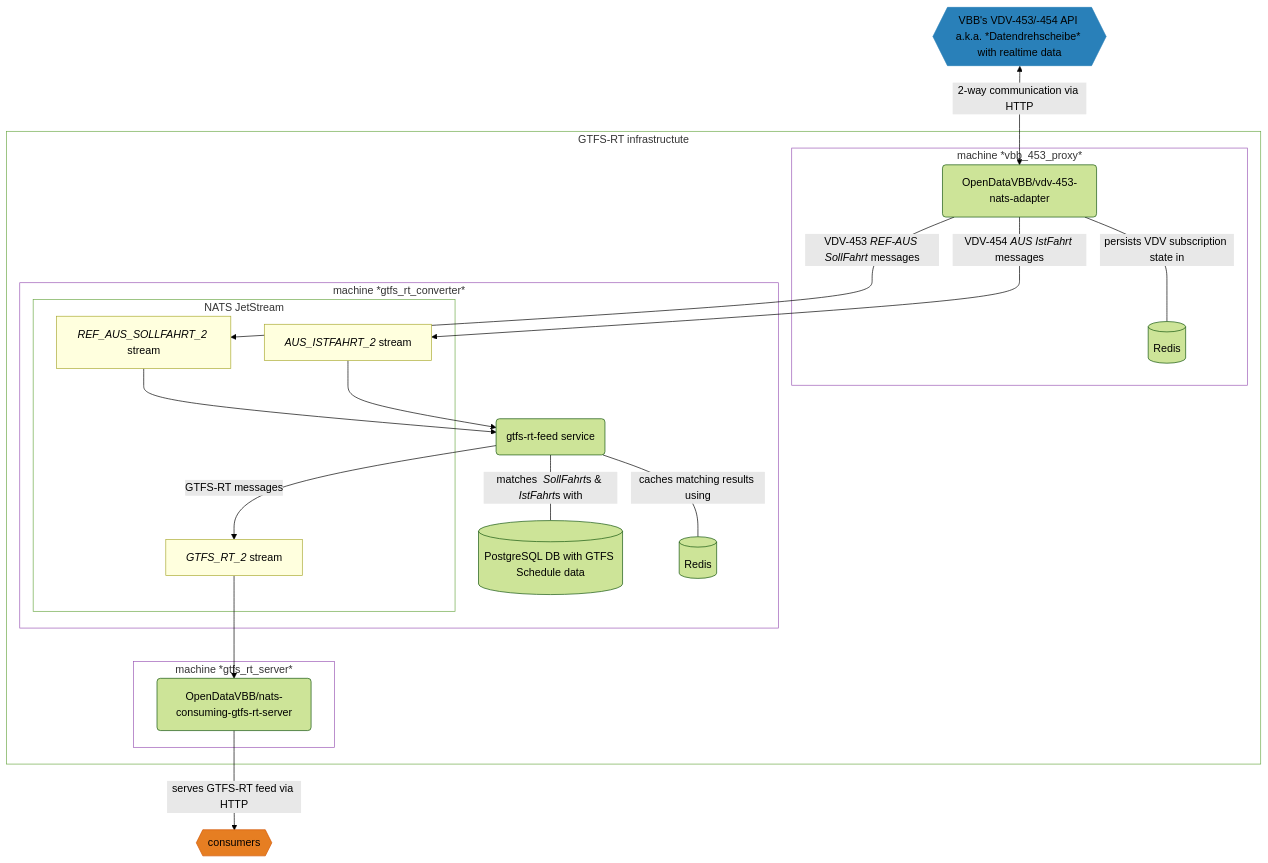
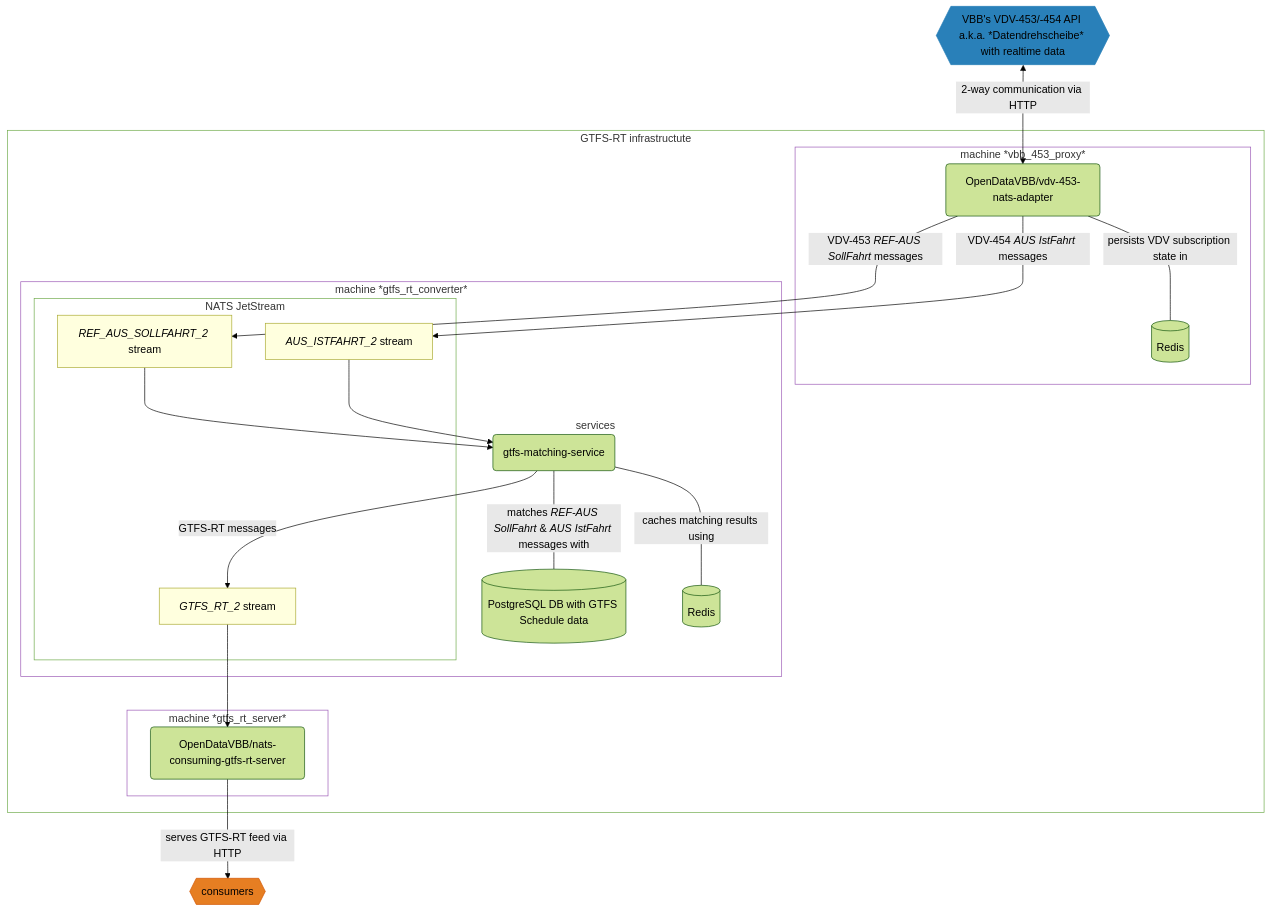
The second of 2 diagrams in readme.md (OpenDataVBB/gtfs-rt-infrastructure), drawn with Mermaid (forest theme) before and after one commit. The commit also changed 8 other files, not shown here.

Commit message:
GTFS-RT converters: adapt to gtfs-rt-feed#2026-02-03: rename service, refactor

````diff
--- a/readme.md
+++ b/readme.md
@@ -39,47 +39,50 @@
 ```mermaid
 flowchart TB
     classDef machine fill:none,stroke:#9b59b6
 
     vdv_453_api{{VBB's VDV-453/-454 API a.k.a. *Datendrehscheibe* with realtime data}}
     style vdv_453_api fill:#2980b9,stroke:#2980b9
     consumers{{consumers}}
     style consumers fill:#e67e22,stroke:#d35400
 
     subgraph project_infrastructure [GTFS-RT infrastructute]
         subgraph vdv_453_proxy [machine *vbb_453_proxy*]
             vdv_453_nats_adapter(OpenDataVBB/vdv-453-nats-adapter)
             vdv_453_proxy_redis[(Redis)]
         end
         class vdv_453_proxy machine
         subgraph gtfs_rt_converter [machine *gtfs_rt_converter*]
             subgraph nats[NATS JetStream]
                 nats_ref_aus_sollfahrt["`*REF_AUS_SOLLFAHRT_2* stream`"]:::stream
                 nats_aus_istfahrt["`*AUS_ISTFAHRT_2* stream`"]:::stream
                 nats_gtfs_rt["`*GTFS_RT_2* stream`"]:::stream
                 classDef stream fill:#ffffde,stroke:#aaaa33
             end
             style nats fill:none
-            gtfs_rt_feed(gtfs-rt-feed service)
+            subgraph services
+                gtfs_matching_service(gtfs-matching-service)
+            end
+            style services fill:none,stroke:none
             gtfs_db[(PostgreSQL DB with GTFS Schedule data)]
             gtfs_rt_converter_redis[(Redis)]
         end
         class gtfs_rt_converter machine
         subgraph gtfs_rt_server [machine *gtfs_rt_server*]
             nats_consuming_gtfs_rt_server(OpenDataVBB/nats-consuming-gtfs-rt-server)
         end
         class gtfs_rt_server machine
     end
     style project_infrastructure fill:none
 
     vdv_453_api<-- 2-way communication via HTTP -->vdv_453_nats_adapter
     vdv_453_nats_adapter-- "`persists VDV subscription state in`" ---vdv_453_proxy_redis
     vdv_453_nats_adapter-- "`VDV-453 *REF-AUS* *SollFahrt* messages`"-->nats_ref_aus_sollfahrt
-    nats_ref_aus_sollfahrt-->gtfs_rt_feed
+    nats_ref_aus_sollfahrt-->gtfs_matching_service
     vdv_453_nats_adapter-- "`VDV-454 *AUS* *IstFahrt* messages`"-->nats_aus_istfahrt
-    nats_aus_istfahrt-->gtfs_rt_feed
-    gtfs_rt_feed-- "`matches  *SollFahrt*s & *IstFahrt*s with`" ---gtfs_db
-    gtfs_rt_feed-- "`caches matching results using`" ---gtfs_rt_converter_redis
-    gtfs_rt_feed-- "`GTFS-RT messages`"-->nats_gtfs_rt
+    nats_aus_istfahrt-->gtfs_matching_service
+    gtfs_matching_service-- "`matches *REF-AUS* *SollFahrt* & *AUS* *IstFahrt* messages with`" ---gtfs_db
+    gtfs_matching_service-- "`caches matching results using`" ---gtfs_rt_converter_redis
+    gtfs_matching_service-- "`GTFS-RT messages`"-->nats_gtfs_rt
     nats_gtfs_rt-->nats_consuming_gtfs_rt_server
     nats_consuming_gtfs_rt_server-- serves GTFS-RT feed via HTTP -->consumers
 ```
````
